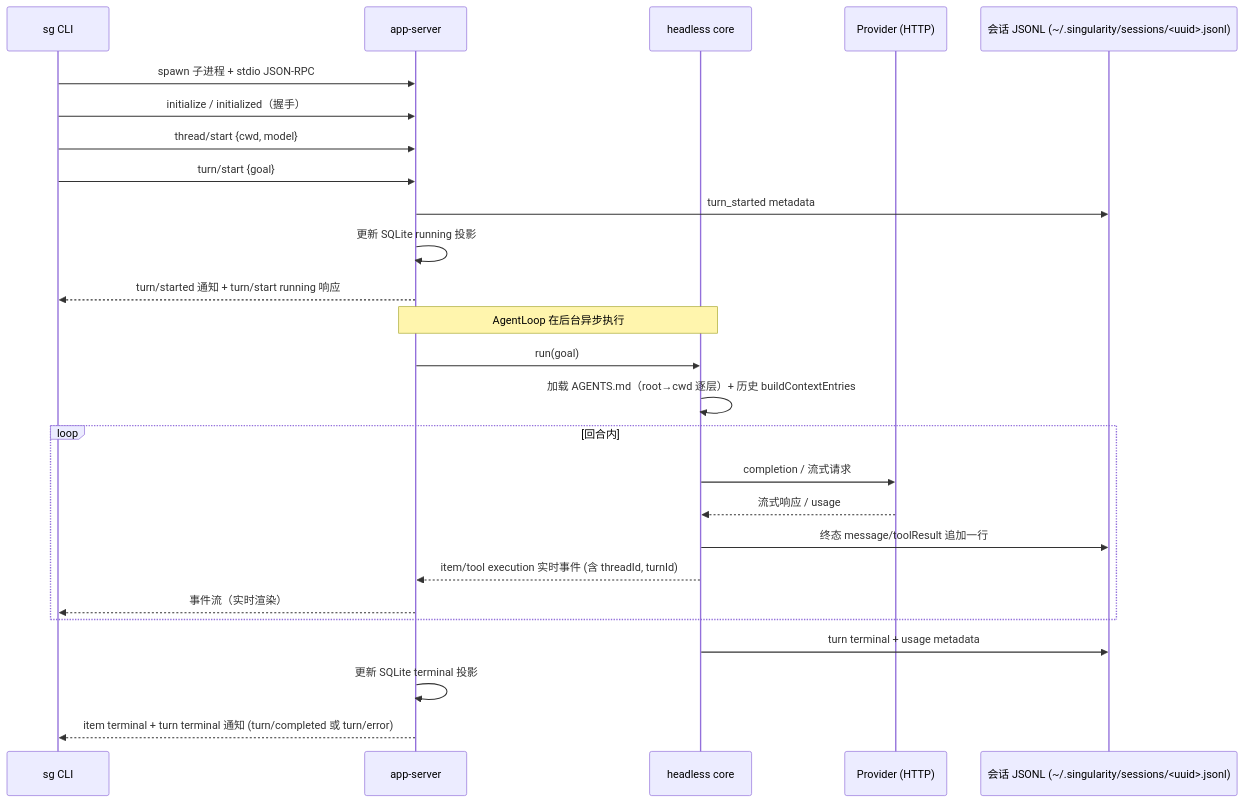
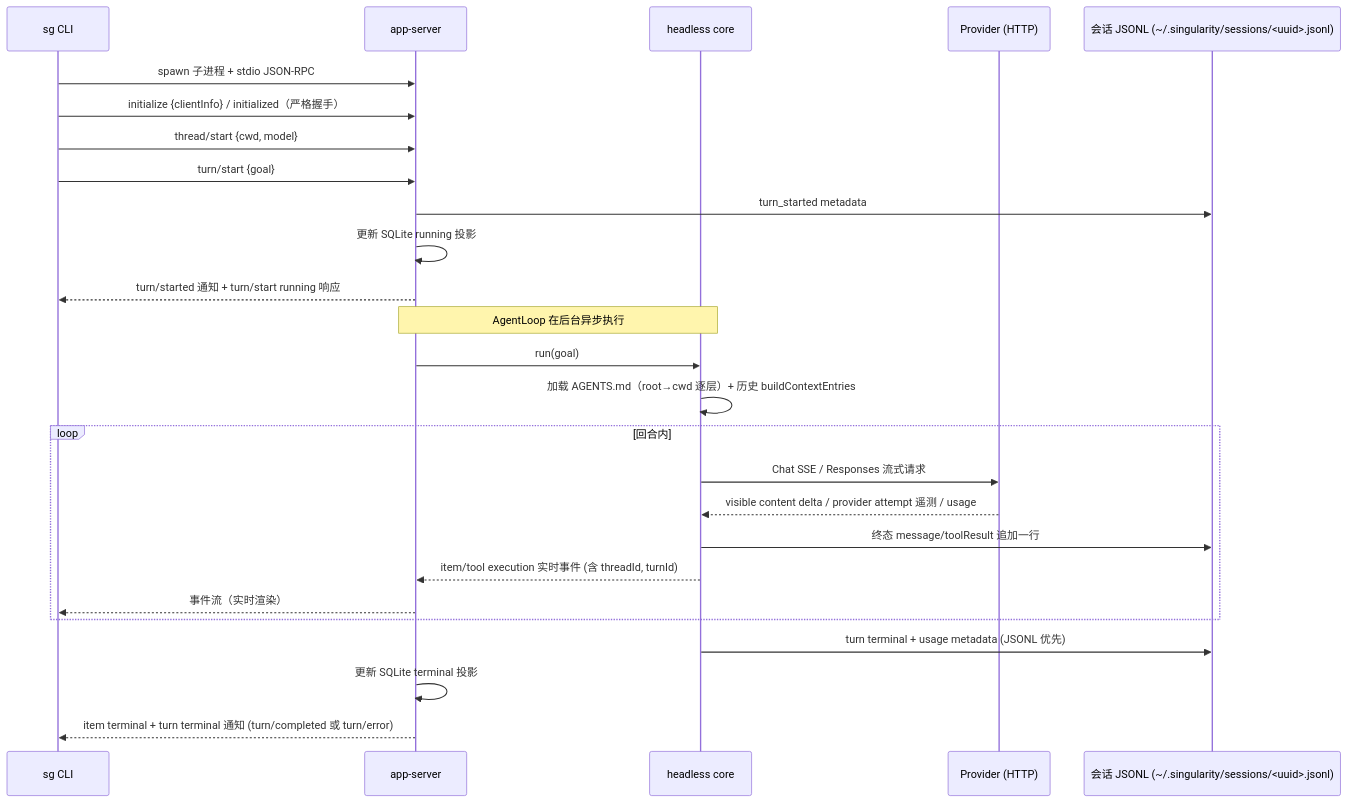
The second of 7 diagrams in docs/singularity.md (qjcnmd/singularity-agent), drawn with Mermaid before and after one commit. The commit also changed other lines of this file, not shown here.

Commit message:
docs: synchronize single architecture truth document

````diff
--- a/docs/singularity.md
+++ b/docs/singularity.md
@@ -64,28 +75,28 @@
 ```mermaid
 sequenceDiagram
     participant CLI as sg CLI
     participant S as app-server
     participant C as headless core
     participant P as Provider (HTTP)
     participant F as 会话 JSONL (~/.singularity/sessions/<uuid>.jsonl)
     CLI->>S: spawn 子进程 + stdio JSON-RPC
-    CLI->>S: initialize / initialized（握手）
+    CLI->>S: initialize {clientInfo} / initialized（严格握手）
     CLI->>S: thread/start {cwd, model}
     CLI->>S: turn/start {goal}
     S->>F: turn_started metadata
     S->>S: 更新 SQLite running 投影
     S-->>CLI: turn/started 通知 + turn/start running 响应
     Note over S,C: AgentLoop 在后台异步执行
     S->>C: run(goal)
     C->>C: 加载 AGENTS.md（root→cwd 逐层）+ 历史 buildContextEntries
     loop 回合内
-        C->>P: completion / 流式请求
-        P-->>C: 流式响应 / usage
+        C->>P: Chat SSE / Responses 流式请求
+        P-->>C: visible content delta / provider attempt 遥测 / usage
         C->>F: 终态 message/toolResult 追加一行
         C-->>S: item/tool execution 实时事件 (含 threadId, turnId)
         S-->>CLI: 事件流（实时渲染）
     end
-    C->>F: turn terminal + usage metadata
+    C->>F: turn terminal + usage metadata (JSONL 优先)
     S->>S: 更新 SQLite terminal 投影
     S-->>CLI: item terminal + turn terminal 通知 (turn/completed 或 turn/error)
 ```
````
